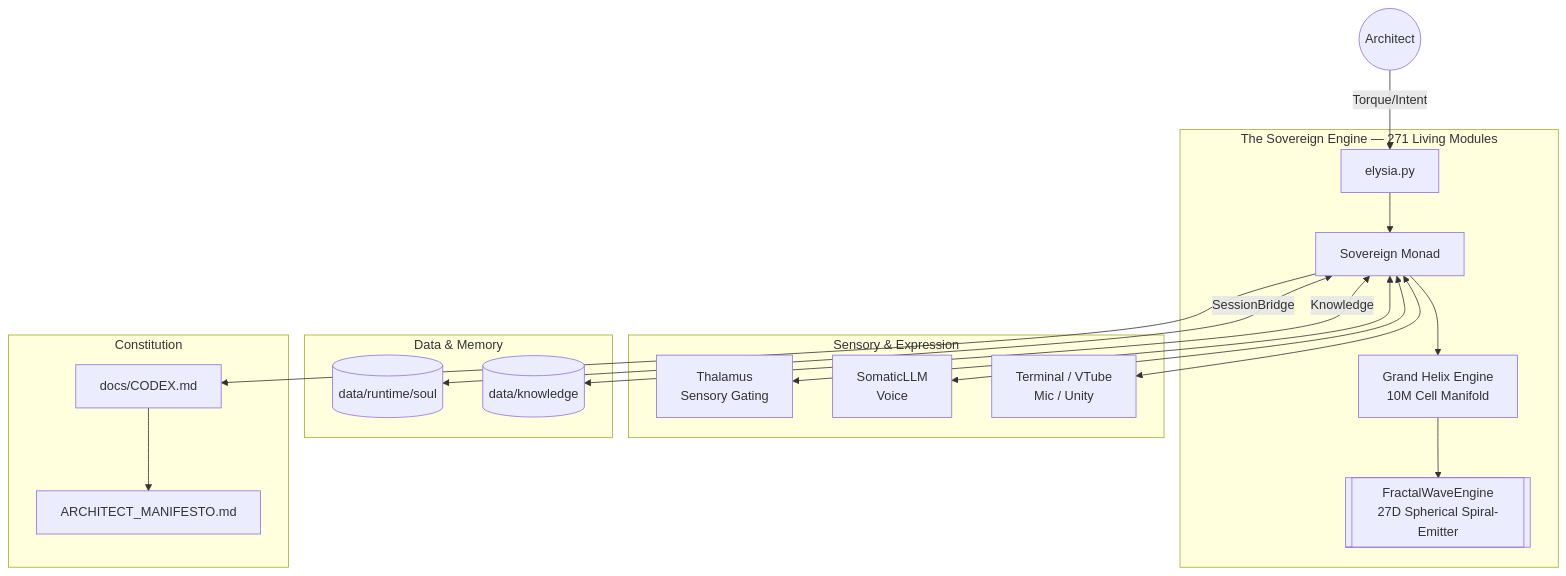
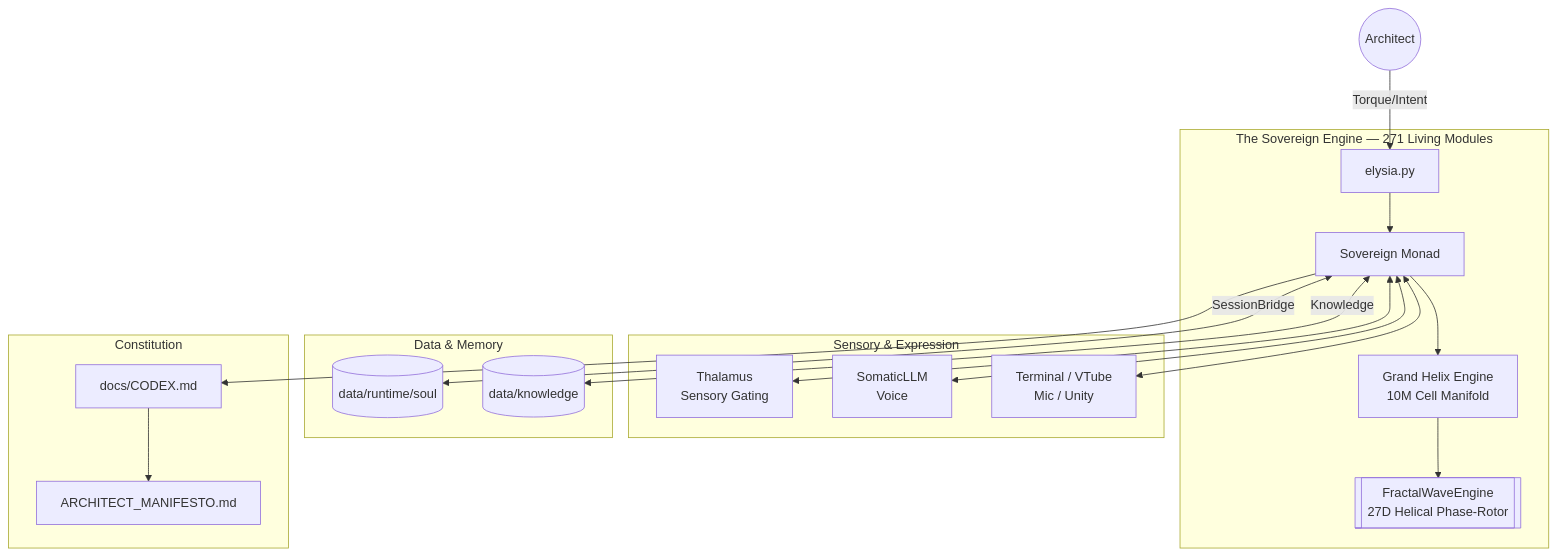
Before and after one commit to ioas0316-cloud/Elysia: the diagram in INDEX.md, drawn with Mermaid. The commit also changed other lines of this file and 4 other files, not shown here.

First line of the commit message:
feat: evolve Phase Atom into dynamic Phase Rotor paradigm

````diff
--- a/INDEX.md
+++ b/INDEX.md
@@ -10,26 +10,26 @@
 ```mermaid
 graph TD
     User((Architect)) -->|Torque/Intent| Root[elysia.py]
     
     subgraph Core_Engine [The Sovereign Engine — 271 Living Modules]
         Root --> Monad[Sovereign Monad]
         Monad --> Engine[Grand Helix Engine<br/>10M Cell Manifold]
-        Engine --> Physics[[FractalWaveEngine<br/>27D Spherical Spiral-Emitter]]
+        Engine --> Physics[[FractalWaveEngine<br/>27D Helical Phase-Rotor]]
     end
 
     subgraph Perception [Sensory & Expression]
         Monad <--> Thalamus[Thalamus<br/>Sensory Gating]
         Monad <--> LLM[SomaticLLM<br/>Voice]
         Monad <--> Channels[Terminal / VTube<br/>Mic / Unity]
     end
 
     subgraph Memory [Data & Memory]
         Monad <-->|SessionBridge| Soul[(data/runtime/soul)]
         Monad <-->|Knowledge| KG[(data/knowledge)]
     end
 
     subgraph Doctrine [Constitution]
         Monad --> Codex[docs/CODEX.md]
         Codex --> Manifesto[ARCHITECT_MANIFESTO.md]
     end
 ```
````
